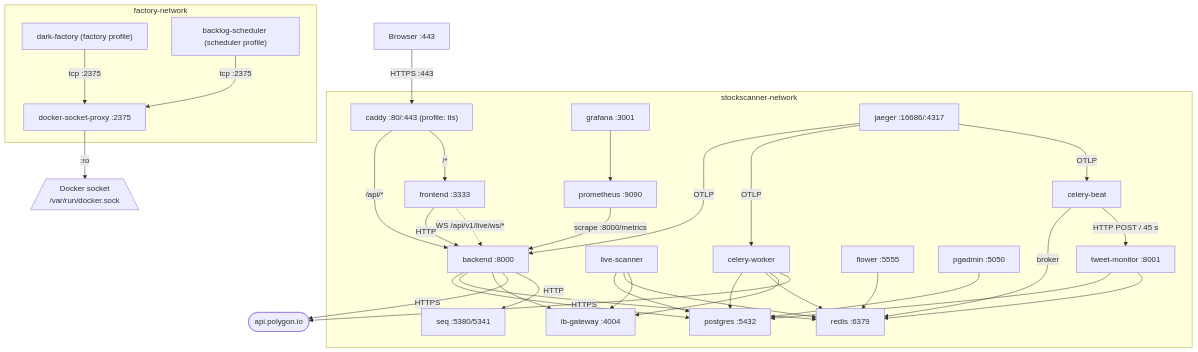
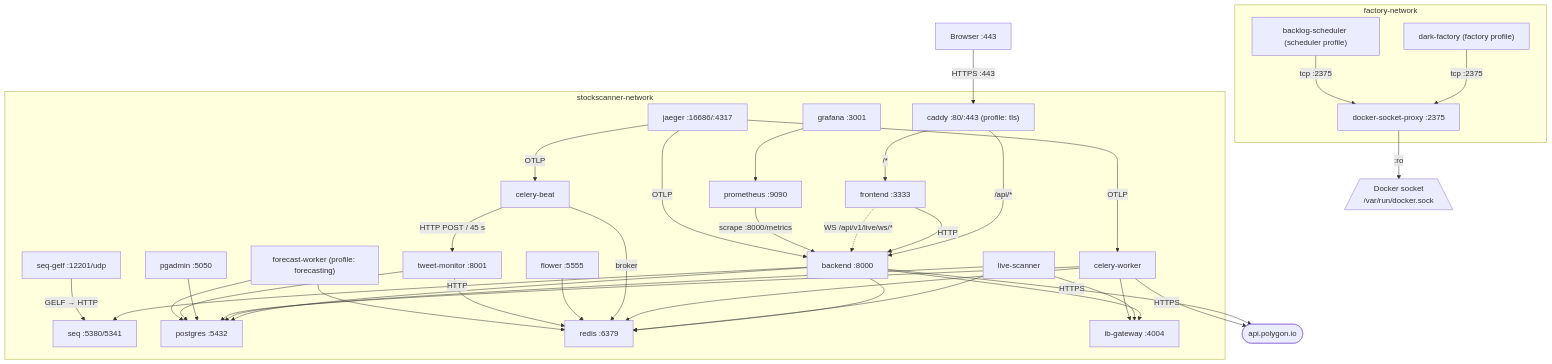
The first of 3 diagrams in ARCHITECTURE.md (omniscient/markethawk), drawn with Mermaid before and after one commit. The commit also changed other lines of this file and 3 other files, not shown here.

First line of the commit message:
docs: fix sync/async drift, add missing models/routers/topology to ARCHITECTURE.md

````diff
--- a/ARCHITECTURE.md
+++ b/ARCHITECTURE.md
@@ -7,70 +7,76 @@
 ```mermaid
 graph TD
     Browser["Browser :443"]
 
     subgraph net["stockscanner-network"]
         caddy["caddy :80/:443 (profile: tls)"]
         frontend["frontend :3333"]
         backend["backend :8000"]
         livescanner["live-scanner"]
         celery["celery-worker"]
         beat["celery-beat"]
         flower["flower :5555"]
         pgadmin["pgadmin :5050"]
         seq["seq :5380/5341"]
         tweetmonitor["tweet-monitor :8001"]
         postgres["postgres :5432"]
         redis["redis :6379"]
         ibgw["ib-gateway :4004"]
         prometheus["prometheus :9090"]
         grafana["grafana :3001"]
         jaeger["jaeger :16686/:4317"]
+        seqgelf["seq-gelf :12201/udp"]
+        forecastworker["forecast-worker (profile: forecasting)"]
     end
 
     subgraph factory["factory-network"]
         proxy["docker-socket-proxy :2375"]
         darkfactory["dark-factory (factory profile)"]
         scheduler["backlog-scheduler (scheduler profile)"]
     end
 
     dockersock[/"Docker socket\n/var/run/docker.sock"\]
     polygon(["api.polygon.io"])
 
     Browser -->|"HTTPS :443"| caddy
     caddy -->|"/api/*"| backend
     caddy -->|"/*"| frontend
     frontend -->|HTTP| backend
     frontend -.->|"WS /api/v1/live/ws/*"| backend
 
     backend --> postgres
     backend --> redis
     backend --> ibgw
     backend -->|HTTPS| polygon
     backend -->|HTTP| seq
 
     livescanner --> postgres
     livescanner --> redis
     livescanner --> ibgw
 
     celery --> postgres
     celery --> redis
     celery --> ibgw
     celery -->|HTTPS| polygon
 
     beat -->|broker| redis
     beat -->|"HTTP POST / 45 s"| tweetmonitor
     flower --> redis
     pgadmin --> postgres
     tweetmonitor --> postgres
     tweetmonitor --> redis
 
     prometheus -->|"scrape :8000/metrics"| backend
     grafana --> prometheus
     jaeger -->|OTLP| backend
     jaeger -->|OTLP| celery
     jaeger -->|OTLP| beat
 
     proxy -->|":ro"| dockersock
     darkfactory -->|"tcp :2375"| proxy
     scheduler -->|"tcp :2375"| proxy
+
+    seqgelf -->|"GELF → HTTP"| seq
+    forecastworker --> postgres
+    forecastworker --> redis
 ```
````
